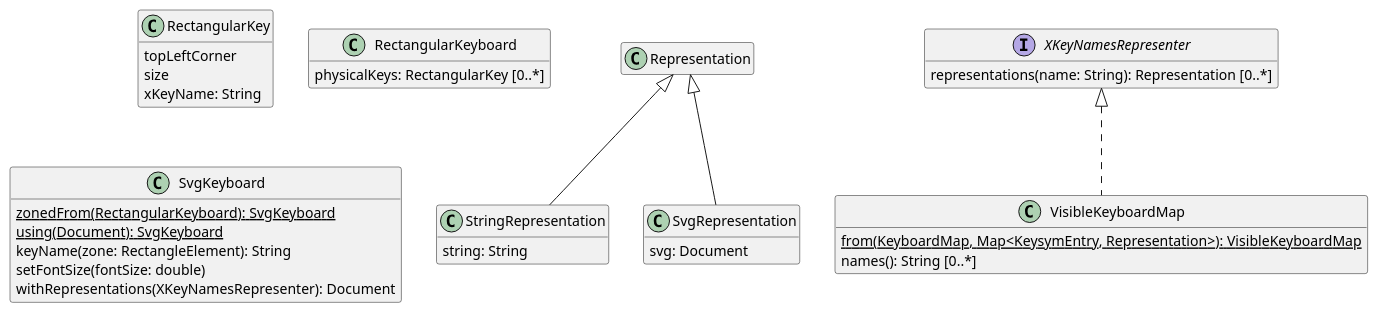
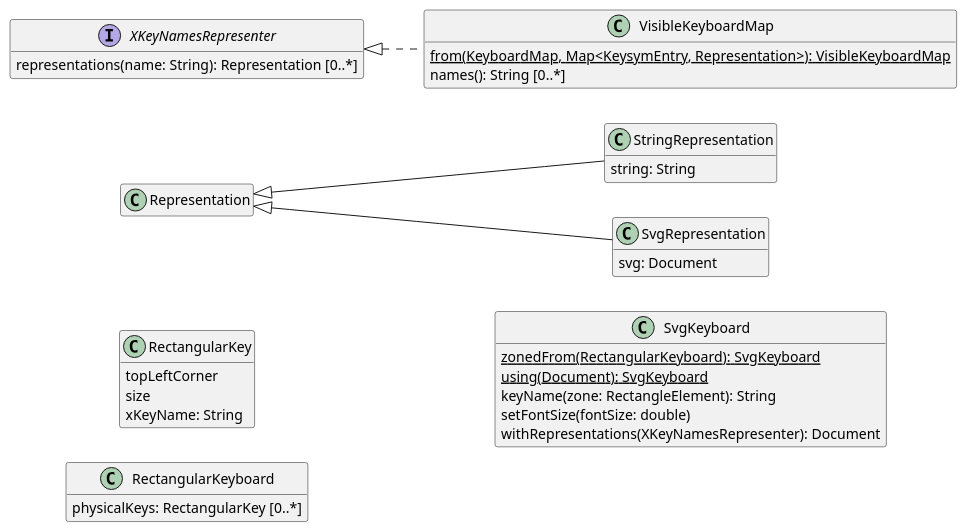
The diagram in Representable.wsd (oliviercailloux/Keyboardd), drawn with PlantUML before and after one commit. The commit also changed 6 other files, not shown here.

```diff
--- a/Representable.wsd
+++ b/Representable.wsd
@@ -1,43 +1,44 @@
-@startuml Main classes
+@startuml Representable
 hide empty members
+left to right direction
 
 class "Representation" {
 }
 class "StringRepresentation" {
   string: String
 }
 class "SvgRepresentation" {
   svg: Document
 }
 "Representation" <|-- "StringRepresentation"
 "Representation" <|-- "SvgRepresentation"
 
 interface "XKeyNamesRepresenter" {
   representations(name: String): Representation [0..*]
 }
 
 class "VisibleKeyboardMap" {
   {static} from(KeyboardMap, Map<KeysymEntry, Representation>): VisibleKeyboardMap
   names(): String [0..*]
 }
 "XKeyNamesRepresenter" <|-[dashed]- "VisibleKeyboardMap"
 
 class "RectangularKey" {
   topLeftCorner
   size
   xKeyName: String
 }
 
 class "RectangularKeyboard" {
   physicalKeys: RectangularKey [0..*]
 }
 
 class "SvgKeyboard" {
   {static} zonedFrom(RectangularKeyboard): SvgKeyboard
   {static} using(Document): SvgKeyboard
   keyName(zone: RectangleElement): String
   setFontSize(fontSize: double)
   withRepresentations(XKeyNamesRepresenter): Document
 }
 
 @enduml
```
